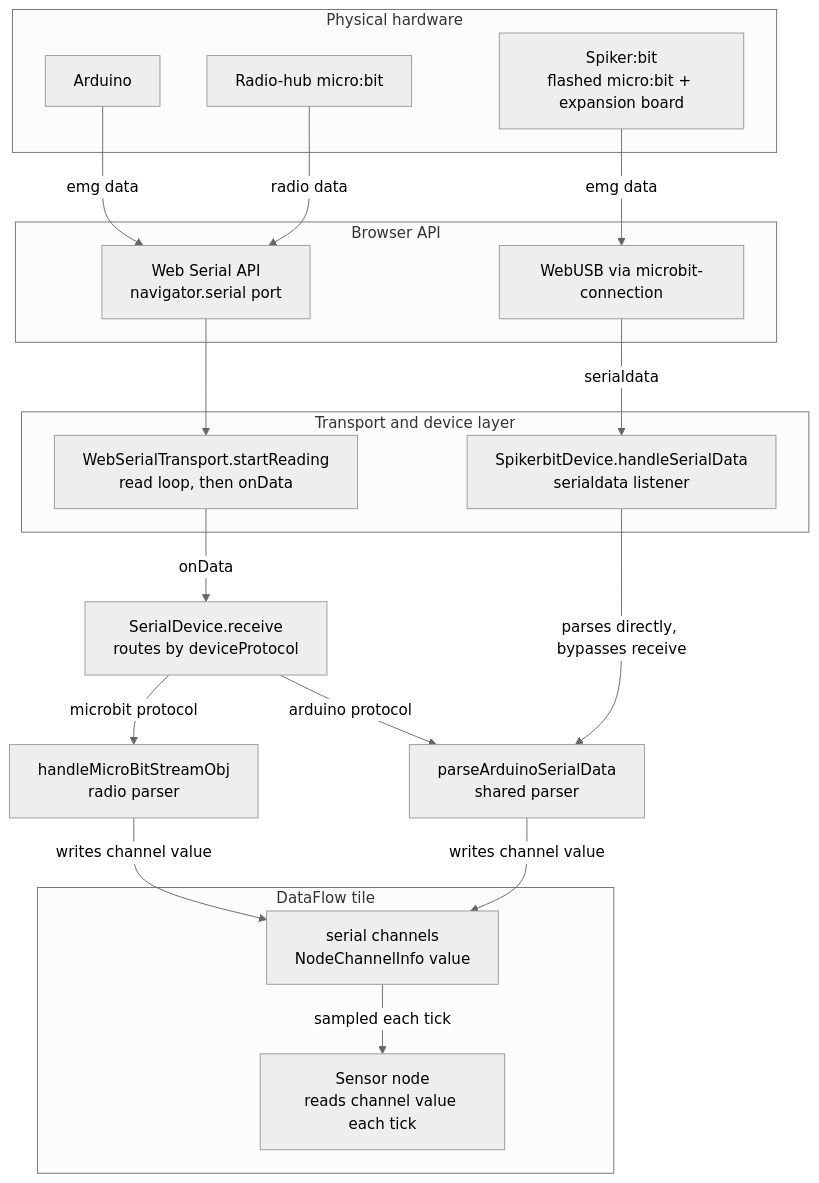
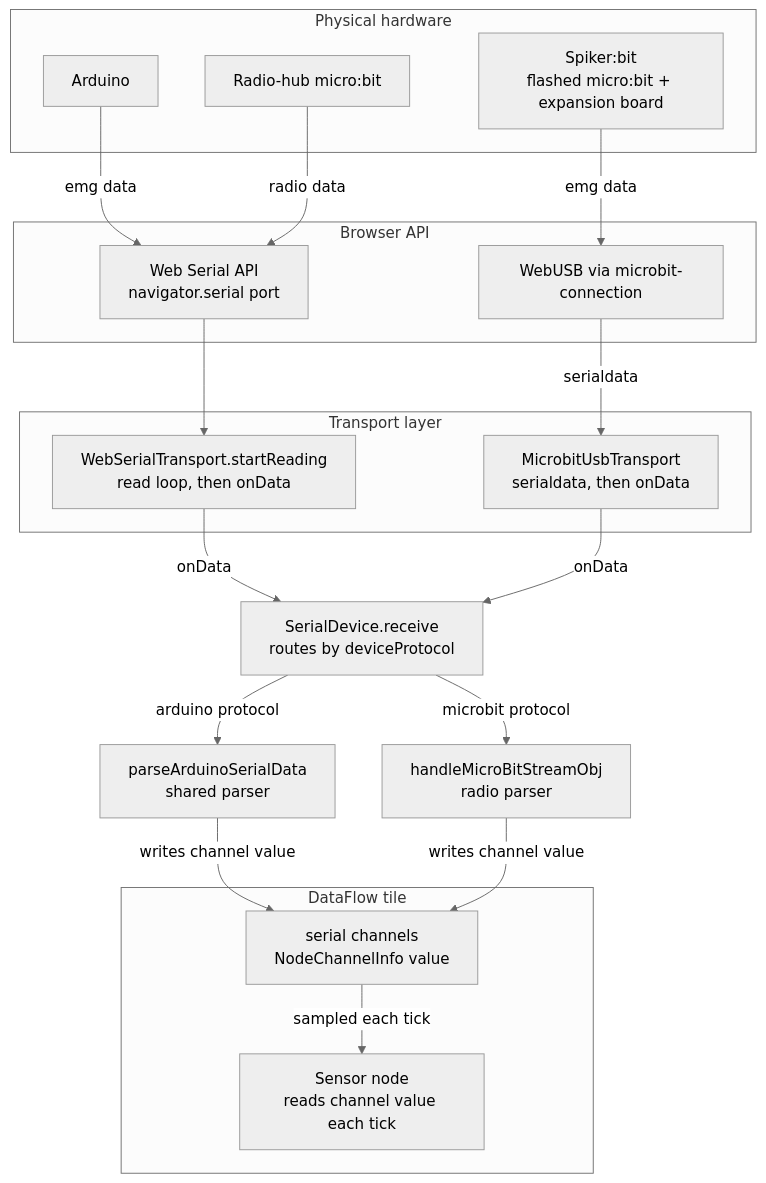
The first of 2 diagrams in docs/dataflow-hardware.md (concord-consortium/collaborative-learning), drawn with Mermaid (neutral theme) before and after one commit. The commit also changed other lines of this file and 3 other files, not shown here.

First line of the commit message:
Route Spiker:bit inbound EMG through SerialDevice.receive [CLUE-567]

````diff
--- a/docs/dataflow-hardware.md
+++ b/docs/dataflow-hardware.md
@@ -40,42 +40,43 @@
 ```mermaid
 flowchart TB
   subgraph hw [Physical hardware]
     ard["Arduino"]
     mbit["Radio-hub micro:bit"]
     sbit["Spiker:bit<br/>flashed micro:bit + expansion board"]
   end
 
   subgraph browser [Browser API]
     ws["Web Serial API<br/>navigator.serial port"]
     usb["WebUSB via microbit-connection"]
   end
 
-  subgraph transport [Transport and device layer]
+  subgraph transport [Transport layer]
     wst["WebSerialTransport.startReading<br/>read loop, then onData"]
-    sdev["SpikerbitDevice.handleSerialData<br/>serialdata listener"]
+    mut["MicrobitUsbTransport<br/>serialdata, then onData"]
   end
 
   recv["SerialDevice.receive<br/>routes by deviceProtocol"]
   parse["parseArduinoSerialData<br/>shared parser"]
   mparse["handleMicroBitStreamObj<br/>radio parser"]
 
   subgraph tile [DataFlow tile]
     ch["serial channels<br/>NodeChannelInfo value"]
     sensor["Sensor node<br/>reads channel value each tick"]
   end
 
   ard -->|"emg data"| ws
   mbit -->|"radio data"| ws
   ws --> wst
   wst -->|"onData"| recv
+
+  sbit -->|"emg data"| usb
+  usb -->|"serialdata"| mut
+  mut -->|"onData"| recv
+
   recv -->|"arduino protocol"| parse
   recv -->|"microbit protocol"| mparse
-
-  sbit -->|"emg data"| usb
-  usb -->|"serialdata"| sdev
-  sdev -->|"parses directly, bypasses receive"| parse
 
   parse -->|"writes channel value"| ch
   mparse -->|"writes channel value"| ch
   ch -->|"sampled each tick"| sensor
 ```
````
